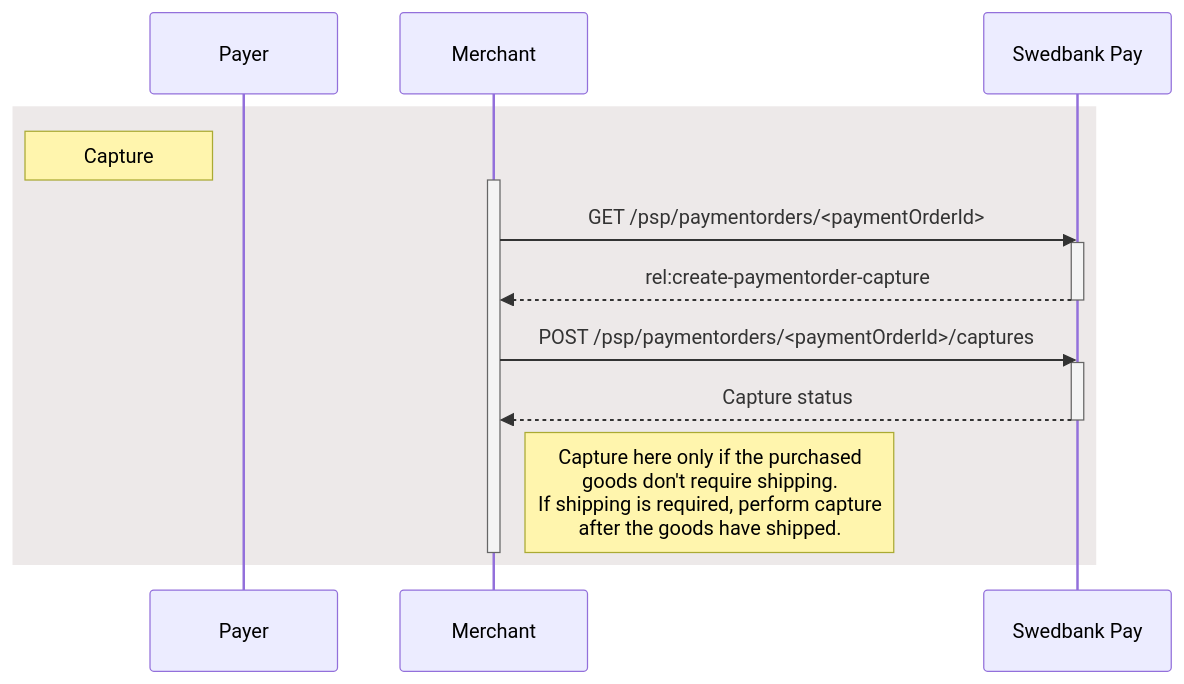
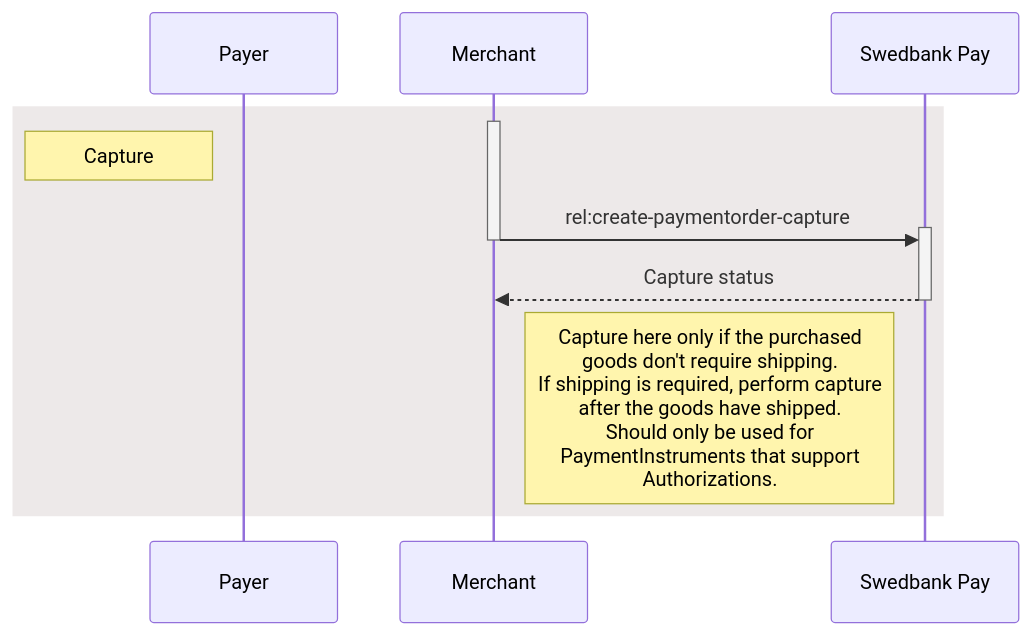
The diagram in _includes/payment-order-capture.md (SwedbankPay/developer.swedbankpay.com), drawn with Mermaid before and after one commit. The commit also changed 3 other files, not shown here.

Commit message:
DX-332 updated sequence diagrams

````diff
--- a/_includes/payment-order-capture.md
+++ b/_includes/payment-order-capture.md
@@ -16,21 +16,15 @@
 ```mermaid
 sequenceDiagram
     participant Payer
     participant Merchant
     participant SwedbankPay as Swedbank Pay
 
     rect rgba(81,43,43,0.1)
+        activate Merchant
         note left of Payer: Capture
-        activate Merchant
-            Merchant ->> SwedbankPay: GET /psp/paymentorders/<paymentOrderId>
-            activate SwedbankPay
-                SwedbankPay -->> Merchant: rel:create-paymentorder-capture
-            deactivate SwedbankPay
-            Merchant ->> SwedbankPay: POST /psp/paymentorders/<paymentOrderId>/captures
-            activate SwedbankPay
-                SwedbankPay -->> Merchant: Capture status
-            deactivate SwedbankPay
-            note right of Merchant: Capture here only if the purchased<br/>goods don't require shipping.<br/>If shipping is required, perform capture<br/>after the goods have shipped.
+        Merchant ->>+ SwedbankPay: rel:create-paymentorder-capture
         deactivate Merchant
-    end
+        SwedbankPay -->>- Merchant: Capture status
+        note right of Merchant: Capture here only if the purchased<br/>goods don't require shipping.<br/>If shipping is required, perform capture<br/>after the goods have shipped.<br>Should only be used for <br>PaymentInstruments that support <br>Authorizations.
+        end
 ```
````
